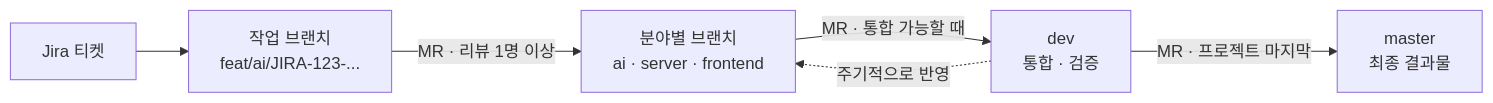
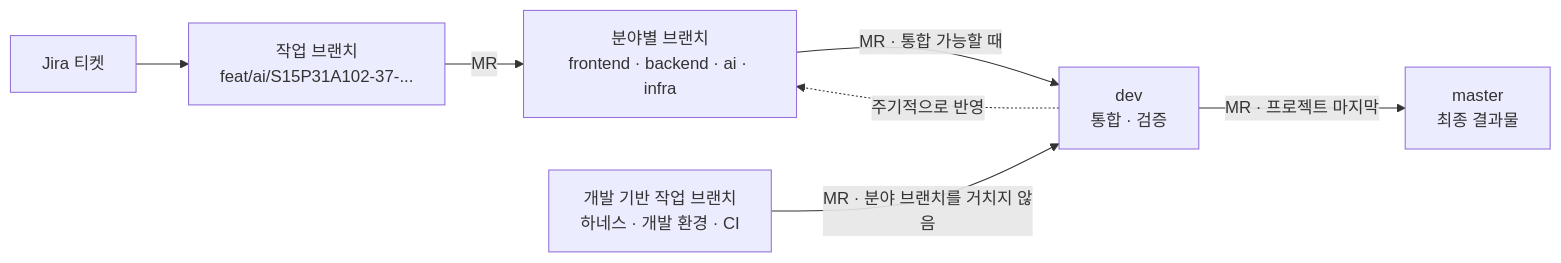
The diagram in docs/git-convention.md (a102-NEWLEARN/NEW-LEARN), drawn with Mermaid before and after one commit. The commit also changed other lines of this file, not shown here.

````diff
--- a/docs/git-convention.md
+++ b/docs/git-convention.md
@@ -7,8 +7,9 @@
 ```mermaid
 flowchart LR
-    T["Jira 티켓"] --> W["작업 브랜치<br/>feat/ai/JIRA-123-..."]
-    W -- "MR · 리뷰 1명 이상" --> F["분야별 브랜치<br/>ai · server · frontend"]
+    T["Jira 티켓"] --> W["작업 브랜치<br/>feat/ai/S15P31A102-37-..."]
+    W -- "MR" --> F["분야별 브랜치<br/>frontend · backend · ai · infra"]
     F -- "MR · 통합 가능할 때" --> D["dev<br/>통합 · 검증"]
     D -- "MR · 프로젝트 마지막" --> M["master<br/>최종 결과물"]
     D -. "주기적으로 반영" .-> F
+    B["개발 기반 작업 브랜치<br/>하네스 · 개발 환경 · CI"] -- "MR · 분야 브랜치를 거치지 않음" --> D
 ```
````
